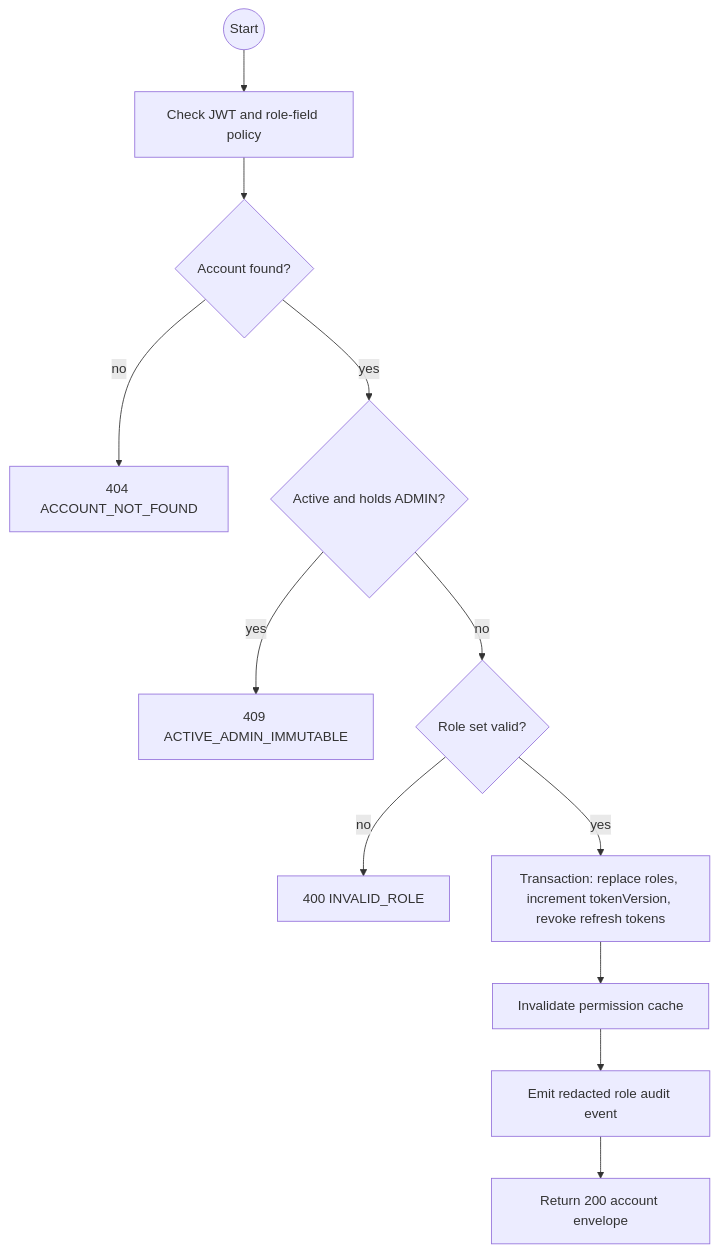
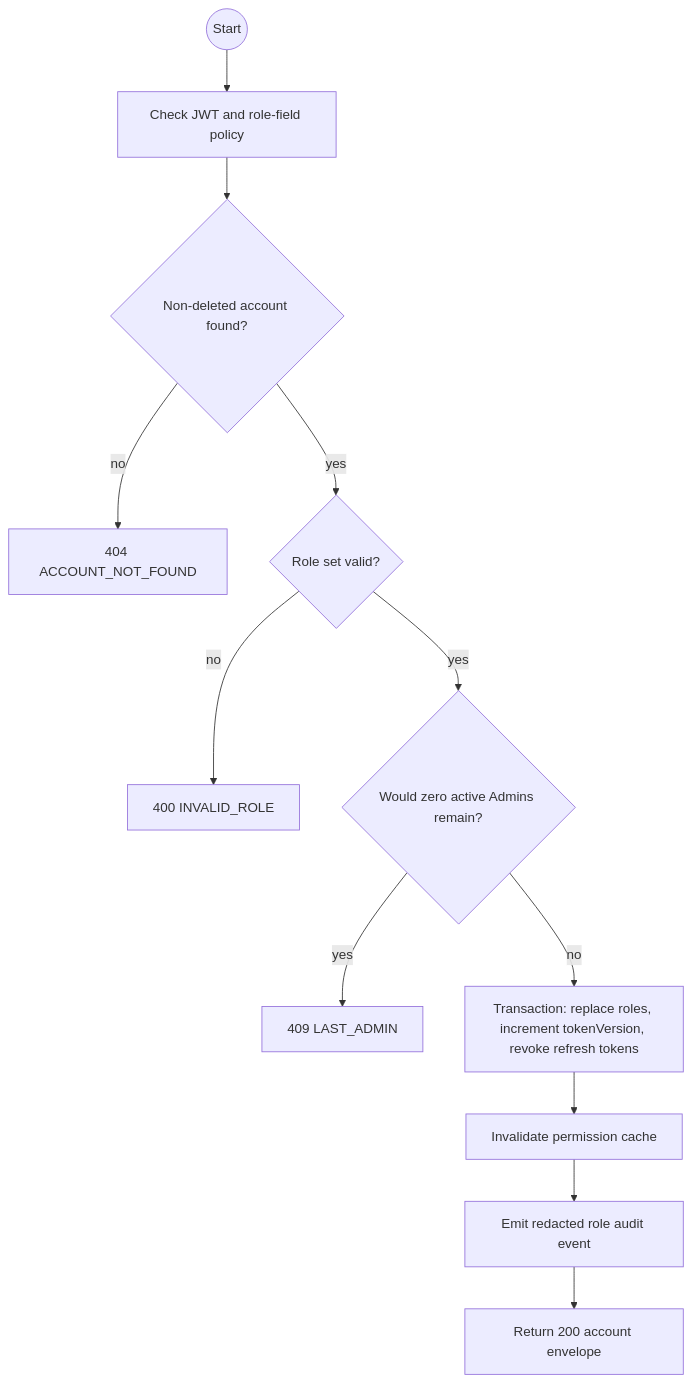
Before and after one commit to TrekLink-Team/treklink-web: the first of 2 diagrams in specs/auth/api-design/14-put-users-roles.md, drawn with Mermaid. The commit also changed other lines of this file and 9 other files, not shown here.

````diff
--- a/specs/auth/api-design/14-put-users-roles.md
+++ b/specs/auth/api-design/14-put-users-roles.md
@@ -81,14 +80,14 @@
 ```mermaid
 flowchart TB
     S((Start)) --> G[Check JWT and role-field policy]
-    G --> F{Account found?}
+    G --> F{Non-deleted account found?}
     F -->|no| E1[404 ACCOUNT_NOT_FOUND]
-    F -->|yes| A{Active and holds ADMIN?}
-    A -->|yes| E2[409 ACTIVE_ADMIN_IMMUTABLE]
-    A -->|no| R{Role set valid?}
+    F -->|yes| R{Role set valid?}
     R -->|no| E3[400 INVALID_ROLE]
-    R -->|yes| T[Transaction: replace roles, increment tokenVersion, revoke refresh tokens]
+    R -->|yes| A{Would zero active Admins remain?}
+    A -->|yes| E2[409 LAST_ADMIN]
+    A -->|no| T[Transaction: replace roles, increment tokenVersion, revoke refresh tokens]
     T --> C[Invalidate permission cache]
     C --> U[Emit redacted role audit event]
     U --> O[Return 200 account envelope]
 ```
````
